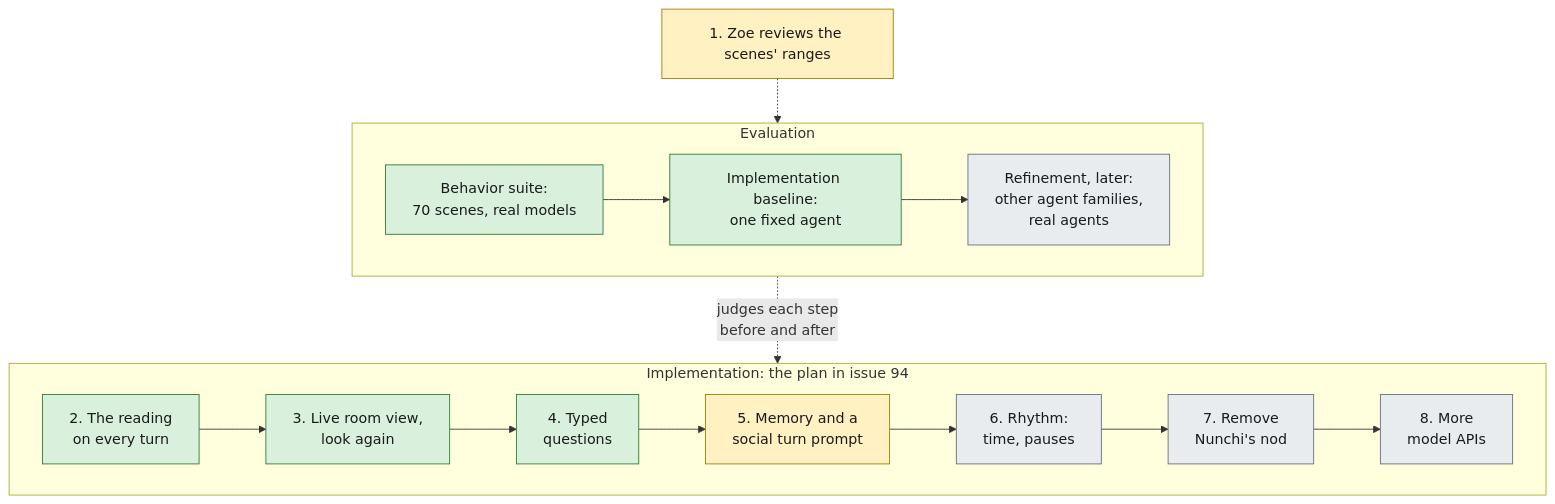
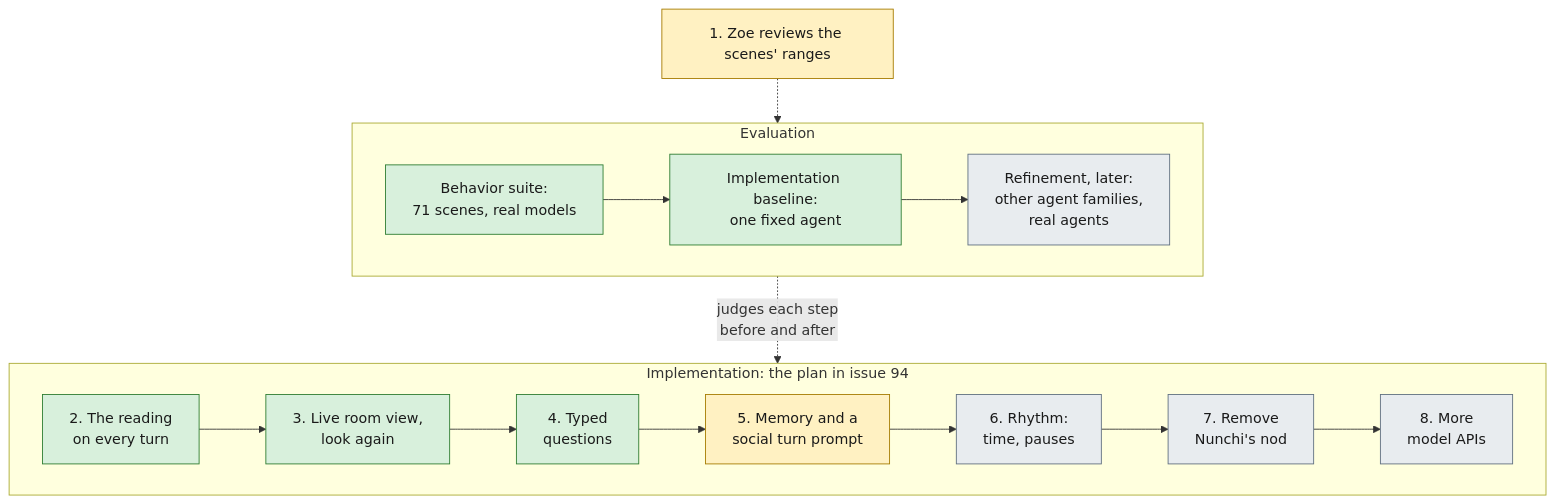
The third of 3 diagrams in README.md (mentatzoe/nunchi), drawn with Mermaid before and after one commit. The commit also changed 30 other files, not shown here.

````diff
--- a/README.md
+++ b/README.md
@@ -85,27 +85,27 @@
 ```mermaid
 flowchart TB
     classDef done fill:#d8f0dc,stroke:#2e7d32,color:#1a1a1a
     classDef next fill:#fff1c2,stroke:#a67c00,color:#1a1a1a
     classDef later fill:#e8ecef,stroke:#607080,color:#1a1a1a
     subgraph build["Implementation: the plan in issue 94"]
         direction LR
         p2["2. The reading<br/>on every turn"]:::done
         p3["3. Live room view,<br/>look again"]:::done
         p4["4. Typed<br/>questions"]:::done
         p5["5. Memory and a<br/>social turn prompt"]:::next
         p6["6. Rhythm:<br/>time, pauses"]:::later
         p7["7. Remove<br/>Nunchi's nod"]:::later
         p8["8. More<br/>model APIs"]:::later
         p2 --> p3 --> p4 --> p5 --> p6 --> p7 --> p8
     end
     subgraph measure["Evaluation"]
         direction LR
-        e1["Behavior suite:<br/>70 scenes, real models"]:::done
+        e1["Behavior suite:<br/>71 scenes, real models"]:::done
         e2["Implementation baseline:<br/>one fixed agent"]:::done
         e3["Refinement, later:<br/>other agent families,<br/>real agents"]:::later
         e1 --> e2 --> e3
     end
     p1["1. Zoe reviews the scenes' ranges"]:::next
     p1 -.-> measure
     measure -. "judges each step<br/>before and after" .-> build
 ```
````
